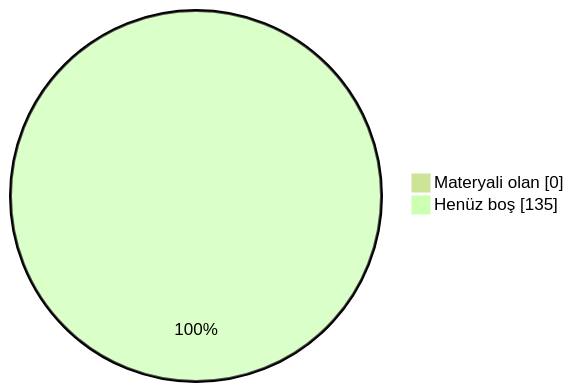
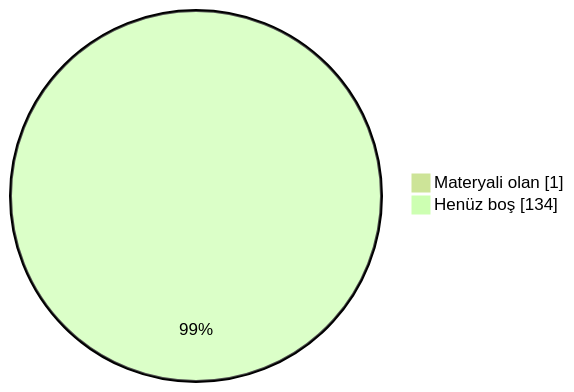
One commit to MarmaraArsiv/tek_makine changed the diagram in README.md. Above: the diagram before and after it, drawn with Mermaid (forest theme). The commit also changed other lines of this file, not shown here.

````diff
--- a/README.md
+++ b/README.md
@@ -108,5 +108,5 @@
 ```mermaid
 pie showData
-  "Materyali olan" : 0
-  "Henüz boş" : 135
+  "Materyali olan" : 1
+  "Henüz boş" : 134
 ```
````
